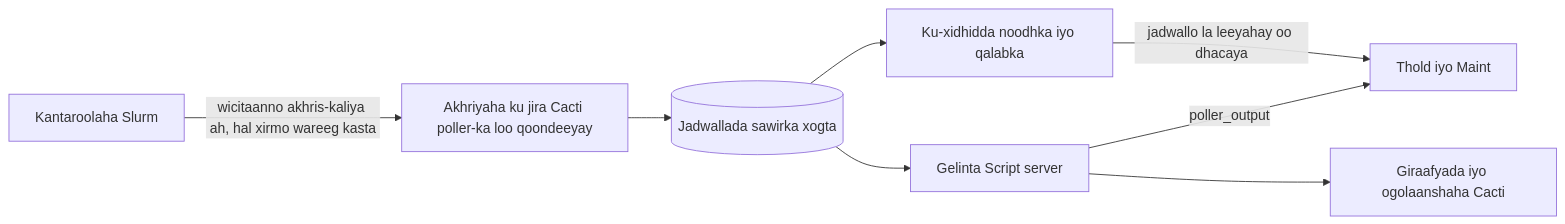
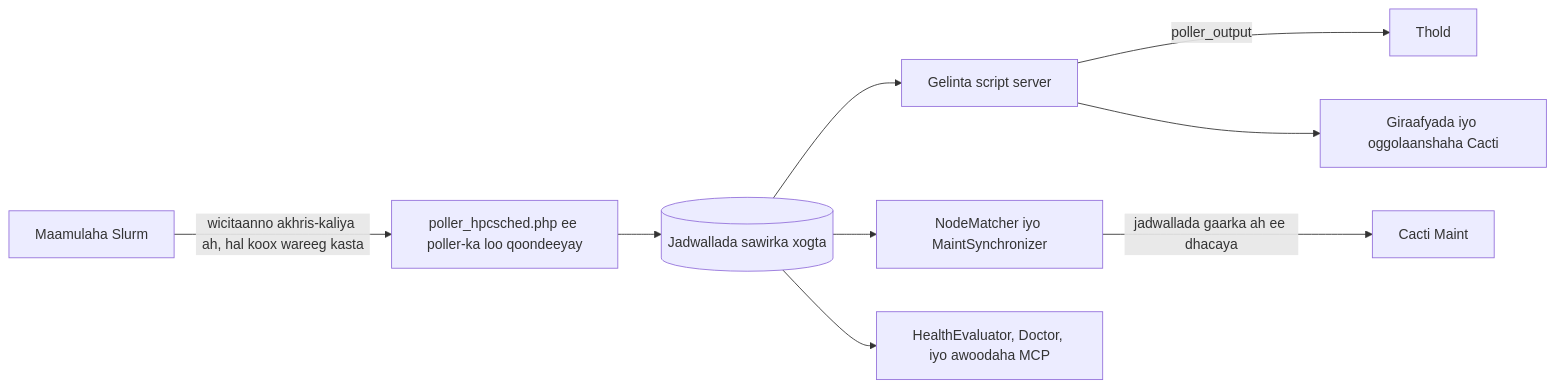
One commit to somethingwithproof/plugin_hpcsched changed the diagram in docs/i18n/so-SO/README.md. Above: the diagram before and after it, drawn with Mermaid. The commit also changed other lines of this file and 48 other files, not shown here.

````diff
--- a/docs/i18n/so-SO/README.md
+++ b/docs/i18n/so-SO/README.md
@@ -109,10 +163,11 @@
 ```mermaid
 flowchart LR
-    S[Kantaroolaha Slurm] -->|wicitaanno akhris-kaliya ah, hal xirmo wareeg kasta| R[Akhriyaha ku jira Cacti poller-ka loo qoondeeyay]
+    S[Maamulaha Slurm] -->|wicitaanno akhris-kaliya ah, hal koox wareeg kasta| R[poller_hpcsched.php ee poller-ka loo qoondeeyay]
     R --> SNAP[(Jadwallada sawirka xogta)]
-    SNAP --> SS[Gelinta Script server]
-    SS -->|poller_output| T[Thold iyo Maint]
-    SS --> G[Giraafyada iyo ogolaanshaha Cacti]
-    SNAP --> MAP[Ku-xidhidda noodhka iyo qalabka]
-    MAP -->|jadwallo la leeyahay oo dhacaya| T
+    SNAP --> SS[Gelinta script server]
+    SS -->|poller_output| T[Thold]
+    SS --> G[Giraafyada iyo oggolaanshaha Cacti]
+    SNAP --> MAP[NodeMatcher iyo MaintSynchronizer]
+    MAP -->|jadwallada gaarka ah ee dhacaya| M[Cacti Maint]
+    SNAP --> H[HealthEvaluator, Doctor, iyo awoodaha MCP]
 ```
````
